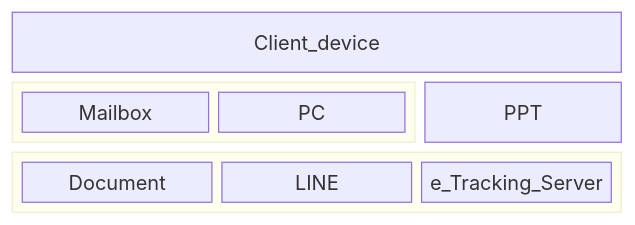
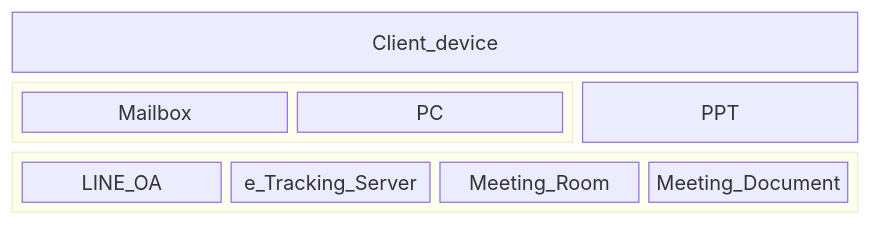
Before and after one commit to Kietpawpan/pdpa: the sixth of 6 diagrams in README.md, drawn with Mermaid.

````diff
--- a/README.md
+++ b/README.md
@@ -123,14 +123,14 @@
 ```mermaid
 block-beta
   columns 3
   Client_device:3
   block:group1:2
     columns 2
     Mailbox PC
   end
   PPT
   block:group2:3
     %% columns auto (default)
-    Document LINE e_Tracking_Server
+    LINE_OA e_Tracking_Server Meeting_Room Meeting_Document
   end
 ```
````
